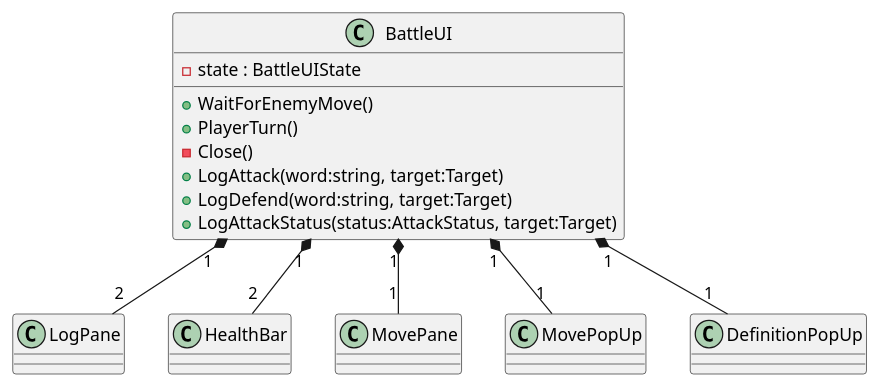
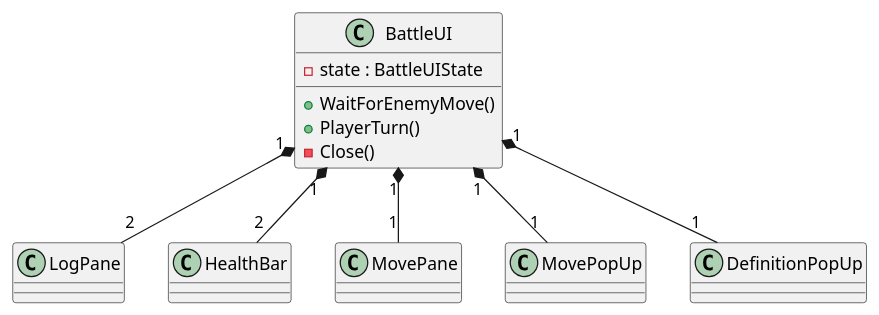
The diagram in PlantUML/scenes/BattleUI.puml (Leximon-SWE-2025/Leximon), drawn with PlantUML before and after one commit. The commit also changed 8 other files, not shown here.

Commit message:
update uml

```diff
--- a/PlantUML/scenes/BattleUI.puml
+++ b/PlantUML/scenes/BattleUI.puml
@@ -1,30 +1,30 @@
 @startuml BattleUI
 class BattleUI{
     ' - enemyHealthBar : HealthBar
     ' - playerHealthBar : HealthBar
     ' - enemyLogPane : LogPane
     ' - playerLogPane : LogPane
     - state : BattleUIState
     ' - movePane : MovePane
     ' - DefinitionPopup : DefinitionPopUp
     ' - MovePopup : MovePopUp
     ' + <<override>> _Ready() 
     + WaitForEnemyMove() 
     + PlayerTurn() 
     - Close() 
     ' - GetLogPane(target:Target) : LogPane
-    + LogAttack(word:string, target:Target) 
-    + LogDefend(word:string, target:Target) 
-    + LogAttackStatus(status:AttackStatus, target:Target) 
+    ' + LogAttack(word:string, target:Target) 
+    ' + LogDefend(word:string, target:Target) 
+    ' + LogAttackStatus(status:AttackStatus, target:Target) 
 }
 ' Control <|-- BattleUI
 
 BattleUI "1" *-- "2" LogPane
 BattleUI "1" *-- "2" HealthBar
 BattleUI "1" *-- "1" MovePane
 BattleUI "1" *-- "1" MovePopUp
 BattleUI "1" *-- "1" DefinitionPopUp
 
 
 ' BattleUI "1" *-- "1" BattleUIState
 @enduml
```
